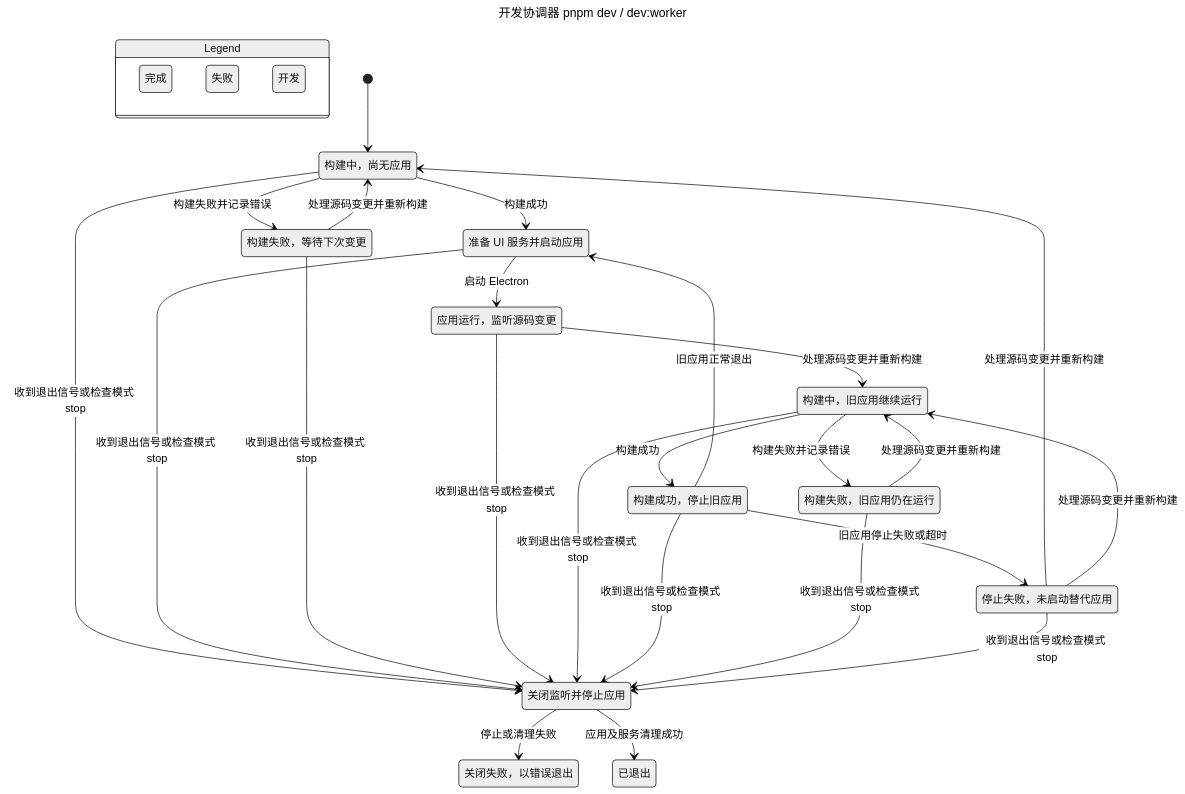
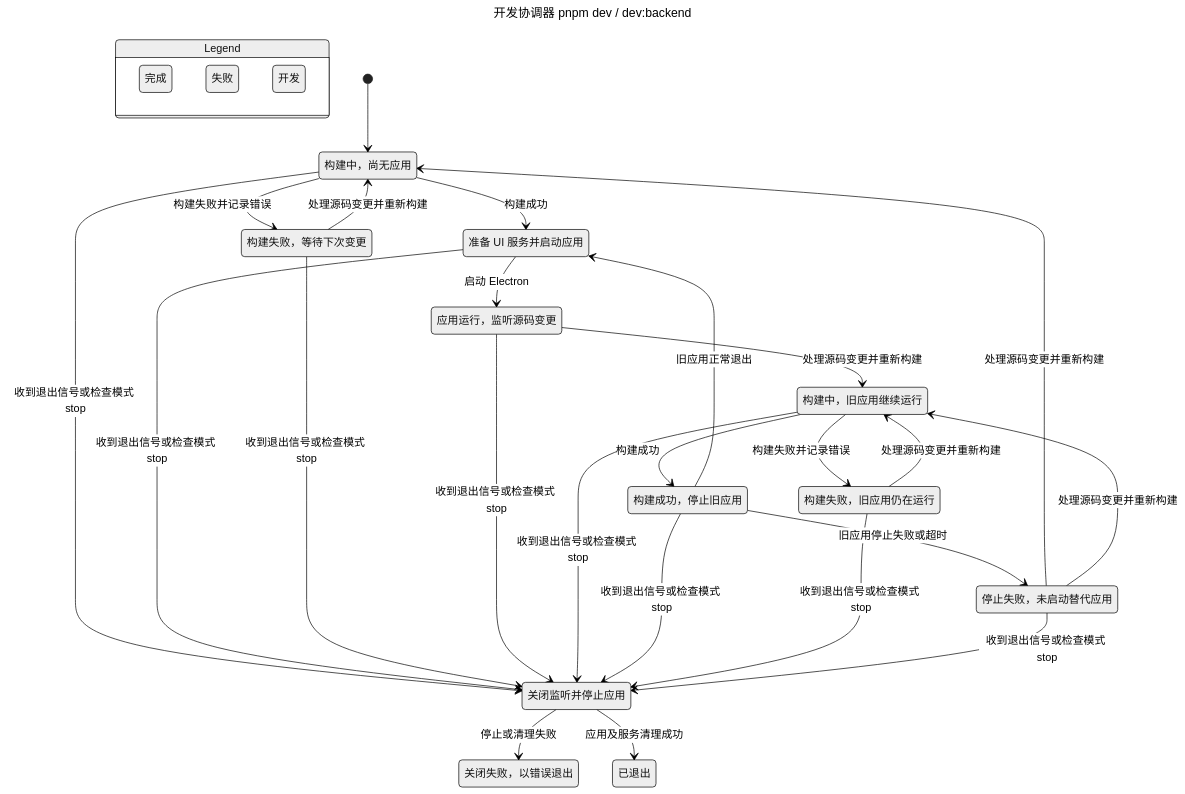
The first of 3 diagrams in docs/workflows.md (0gnilc/browser-2d), drawn with Mermaid (neutral theme) before and after one commit. The commit also changed other lines of this file and 92 other files, not shown here.

````diff
--- a/docs/workflows.md
+++ b/docs/workflows.md
@@ -9,59 +9,59 @@
 ```mermaid
 ---
-title: "开发协调器 pnpm dev / dev:worker"
+title: "开发协调器 pnpm dev / dev:backend"
 ---
 stateDiagram-v2
   state "Legend" as legend {
     lg0: 完成
     lg1: 失败
     lg2: 开发
   }
   class lg0 teal
   class lg1 orange
   class lg2 blue
   s0: 构建中#65292;尚无应用
   s1: 关闭监听并停止应用
   s2: 准备 UI 服务并启动应用
   s3: 构建失败#65292;等待下次变更
   s4: 关闭失败#65292;以错误退出
   s5: 已退出
   s6: 应用运行#65292;监听源码变更
   s7: 构建中#65292;旧应用继续运行
   s8: 构建成功#65292;停止旧应用
   s9: 构建失败#65292;旧应用仍在运行
   s10: 停止失败#65292;未启动替代应用
   [*] --> s0
   s0 --> s1: 收到退出信号或检查模式 stop
   s0 --> s2: 构建成功
   s0 --> s3: 构建失败并记录错误
   s1 --> s4: 停止或清理失败
   s1 --> s5: 应用及服务清理成功
   s2 --> s1: 收到退出信号或检查模式 stop
   s2 --> s6: 启动 Electron
   s3 --> s0: 处理源码变更并重新构建
   s3 --> s1: 收到退出信号或检查模式 stop
   s6 --> s1: 收到退出信号或检查模式 stop
   s6 --> s7: 处理源码变更并重新构建
   s7 --> s1: 收到退出信号或检查模式 stop
   s7 --> s8: 构建成功
   s7 --> s9: 构建失败并记录错误
   s8 --> s1: 收到退出信号或检查模式 stop
   s8 --> s10: 旧应用停止失败或超时
   s8 --> s2: 旧应用正常退出
   s9 --> s7: 处理源码变更并重新构建
   s9 --> s1: 收到退出信号或检查模式 stop
   s10 --> s0: 处理源码变更并重新构建
   s10 --> s1: 收到退出信号或检查模式 stop
   s10 --> s7: 处理源码变更并重新构建
   class s0 blue
   class s1 blue
   class s2 blue
   class s3 orange
   class s4 orange
   class s5 teal
   class s6 blue
   class s7 blue
   class s8 blue
   class s9 orange
   class s10 orange
 ```
````
